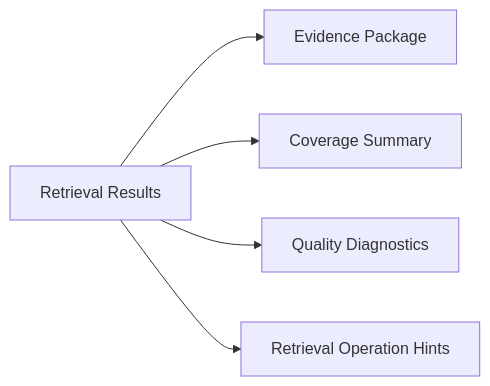
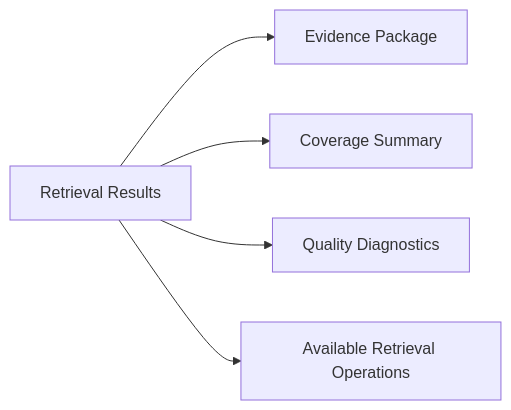
The third of 3 diagrams in .claude/skills/smart-fund-server/docs/5. 设计方案/1. 知识图谱/19. Agent检索与决策上下文设计方案.md (qiyuebuku/frida-test), drawn with Mermaid before and after one commit. The commit also changed other lines of this file and 166 other files, not shown here.

````diff
--- a/.claude/skills/smart-fund-server/docs/5. 设计方案/1. 知识图谱/19. Agent检索与决策上下文设计方案.md
+++ b/.claude/skills/smart-fund-server/docs/5. 设计方案/1. 知识图谱/19. Agent检索与决策上下文设计方案.md
@@ -215,7 +220,7 @@
 ```mermaid
 flowchart LR
     A[Retrieval Results] --> E[Evidence Package]
     A --> C[Coverage Summary]
     A --> Q[Quality Diagnostics]
-    A --> N[Retrieval Operation Hints]
+    A --> N[Available Retrieval Operations]
 ```
````
